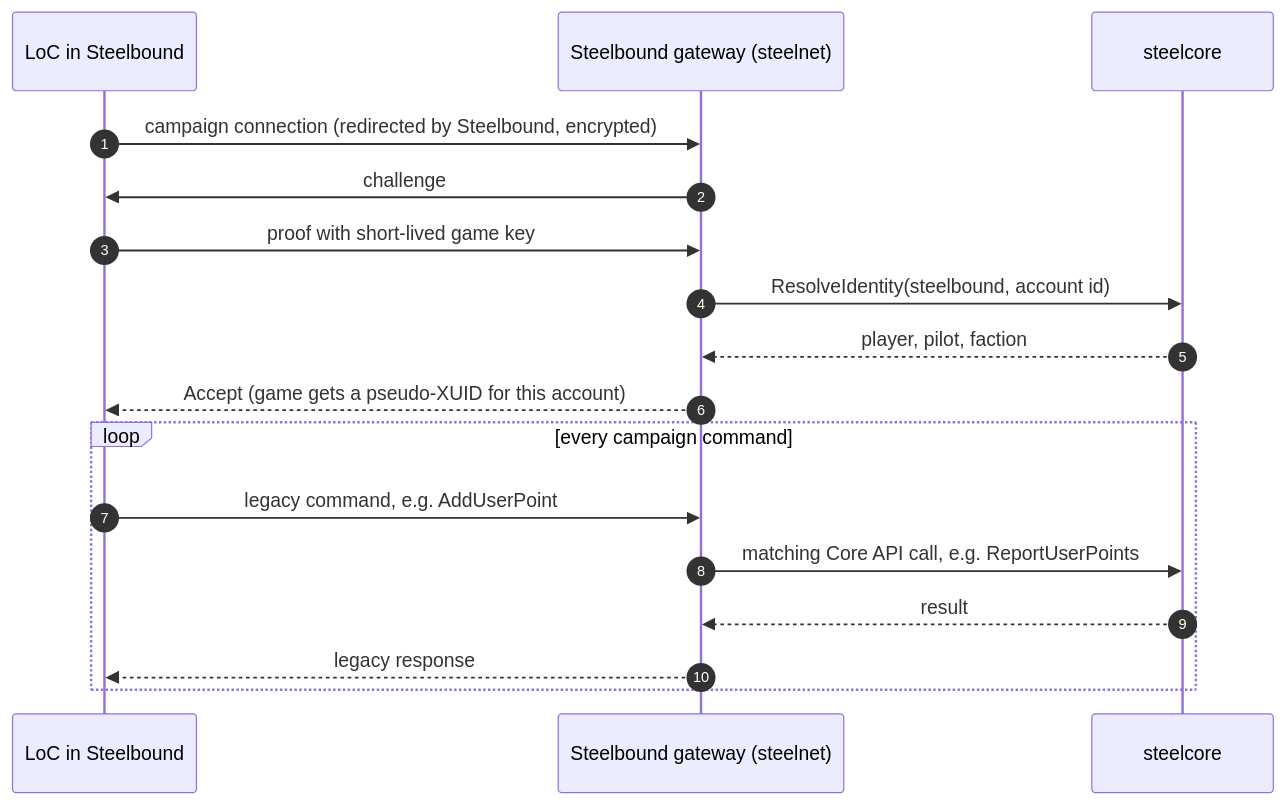
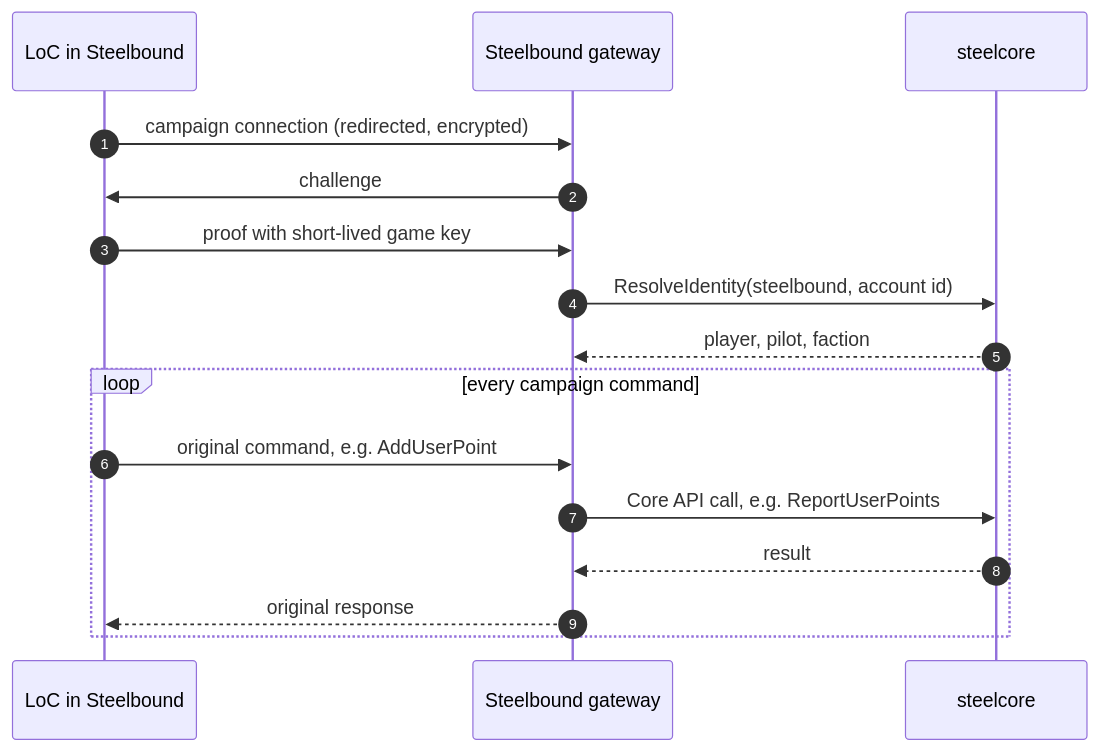
One commit to Greevee-Lab/steelcore changed the fourth of 5 diagrams in docs/concept.md. Above: the diagram before and after it, drawn with Mermaid. The commit also changed other lines of this file and 5 other files, not shown here.

````diff
--- a/docs/concept.md
+++ b/docs/concept.md
@@ -294,20 +226,19 @@
 ```mermaid
 sequenceDiagram
     autonumber
     participant G as LoC in Steelbound
-    participant SG as Steelbound gateway (steelnet)
+    participant SG as Steelbound gateway
     participant C as steelcore
 
-    G->>SG: campaign connection (redirected by Steelbound, encrypted)
+    G->>SG: campaign connection (redirected, encrypted)
     SG->>G: challenge
     G->>SG: proof with short-lived game key
     SG->>C: ResolveIdentity(steelbound, account id)
     C-->>SG: player, pilot, faction
-    SG-->>G: Accept (game gets a pseudo-XUID for this account)
     loop every campaign command
-        G->>SG: legacy command, e.g. AddUserPoint
-        SG->>C: matching Core API call, e.g. ReportUserPoints
+        G->>SG: original command, e.g. AddUserPoint
+        SG->>C: Core API call, e.g. ReportUserPoints
         C-->>SG: result
-        SG-->>G: legacy response
+        SG-->>G: original response
     end
 ```
````
